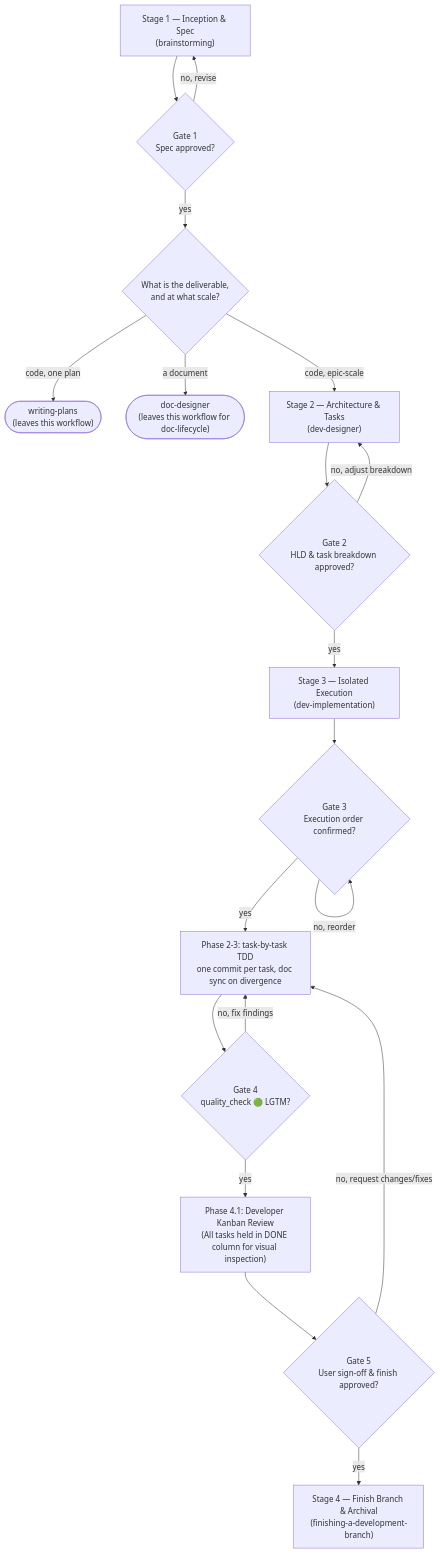
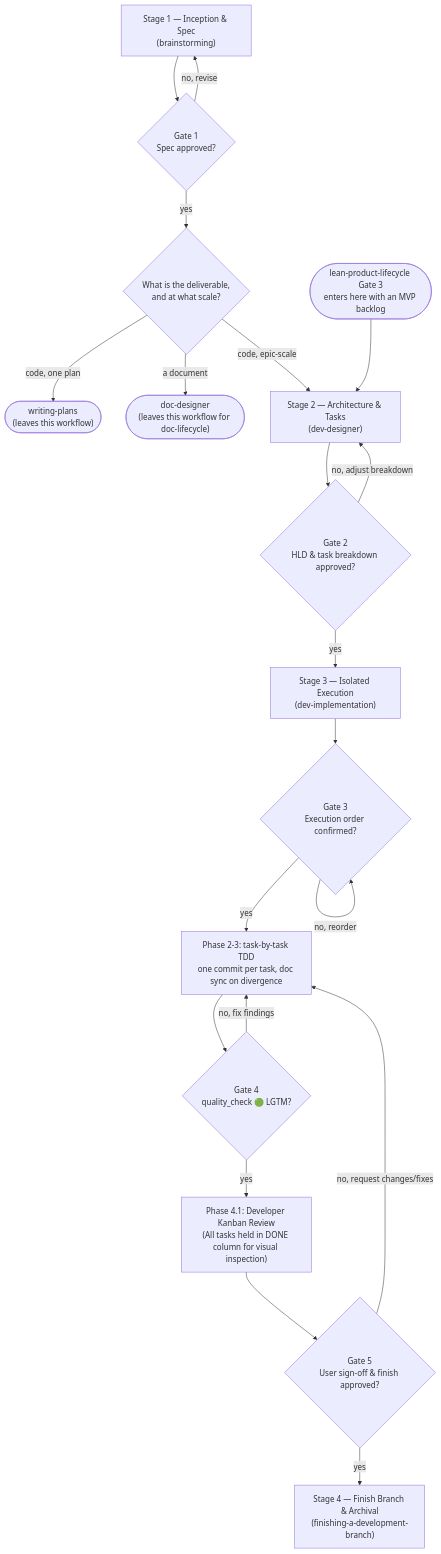
Before and after one commit to DanhDue/ai-agent-tools: the diagram in skills/dev-lifecycle/SKILL.md, drawn with Mermaid. The commit also changed 1 other file, not shown here.

Commit message:
[DOC_LIFECYCLE] Show cross-lifecycle entry points in the lifecycle diagrams
- lean-product-lifecycle now shows work arriving from brainstorming's step-2 escape
- dev-lifecycle now shows a validated MVP backlog entering at stage 2, not stage 1
- verify every node in all three diagrams is declared and connected

````diff
--- a/skills/dev-lifecycle/SKILL.md
+++ b/skills/dev-lifecycle/SKILL.md
@@ -22,37 +22,39 @@
 ```mermaid
 flowchart TD
     S1["Stage 1 — Inception &amp; Spec<br/>(brainstorming)"]
     G1{"Gate 1<br/>Spec approved?"}
     ROUTE{"What is the deliverable,<br/>and at what scale?"}
     PLANS(["writing-plans<br/>(leaves this workflow)"])
     DOCD(["doc-designer<br/>(leaves this workflow for doc-lifecycle)"])
+    LEAN(["lean-product-lifecycle Gate 3<br/>enters here with an MVP backlog"])
     S2["Stage 2 — Architecture &amp; Tasks<br/>(dev-designer)"]
     G2{"Gate 2<br/>HLD &amp; task breakdown approved?"}
     S3["Stage 3 — Isolated Execution<br/>(dev-implementation)"]
     G3{"Gate 3<br/>Execution order confirmed?"}
     EXEC["Phase 2-3: task-by-task TDD<br/>one commit per task, doc sync on divergence"]
     G4{"Gate 4<br/>quality_check 🟢 LGTM?"}
     REVIEW["Phase 4.1: Developer Kanban Review<br/>(All tasks held in DONE column for visual inspection)"]
     G5{"Gate 5<br/>User sign-off &amp; finish approved?"}
     S4["Stage 4 — Finish Branch &amp; Archival<br/>(finishing-a-development-branch)"]
 
     S1 --> G1
     G1 -->|no, revise| S1
     G1 -->|yes| ROUTE
     ROUTE -->|"code, one plan"| PLANS
     ROUTE -->|"a document"| DOCD
     ROUTE -->|"code, epic-scale"| S2
+    LEAN --> S2
     S2 --> G2
     G2 -->|no, adjust breakdown| S2
     G2 -->|yes| S3
     S3 --> G3
     G3 -->|no, reorder| G3
     G3 -->|yes| EXEC
     EXEC --> G4
     G4 -->|no, fix findings| EXEC
     G4 -->|yes| REVIEW
     REVIEW --> G5
     G5 -->|no, request changes/fixes| EXEC
     G5 -->|yes| S4
 
 ```
````
